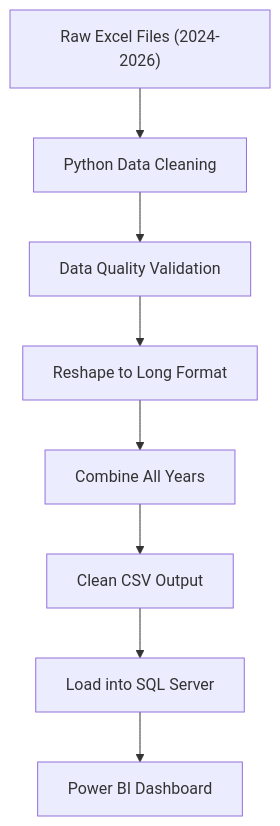
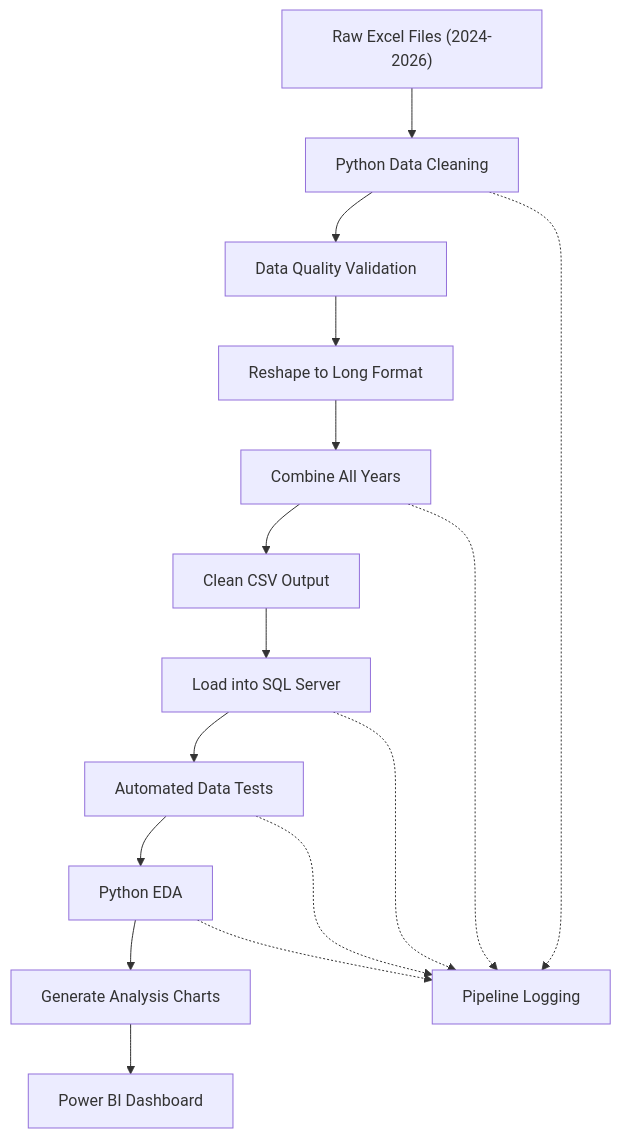
The first of 2 diagrams in README.md (vateythao/retail-sql-powerbi-2024-2026), drawn with Mermaid before and after one commit. The commit also changed other lines of this file, not shown here.

Commit message:
Polish README with testing logging and full project workflow

````diff
--- a/README.md
+++ b/README.md
@@ -40,10 +61,19 @@
 ```mermaid
 flowchart TD
     A["Raw Excel Files (2024-2026)"] --> B["Python Data Cleaning"]
     B --> C["Data Quality Validation"]
     C --> D["Reshape to Long Format"]
     D --> E["Combine All Years"]
     E --> F["Clean CSV Output"]
     F --> G["Load into SQL Server"]
-    G --> H["Power BI Dashboard"]
+    G --> H["Automated Data Tests"]
+    H --> I["Python EDA"]
+    I --> J["Generate Analysis Charts"]
+    J --> K["Power BI Dashboard"]
+
+    B -.-> L["Pipeline Logging"]
+    E -.-> L
+    G -.-> L
+    H -.-> L
+    I -.-> L
 ```
````
